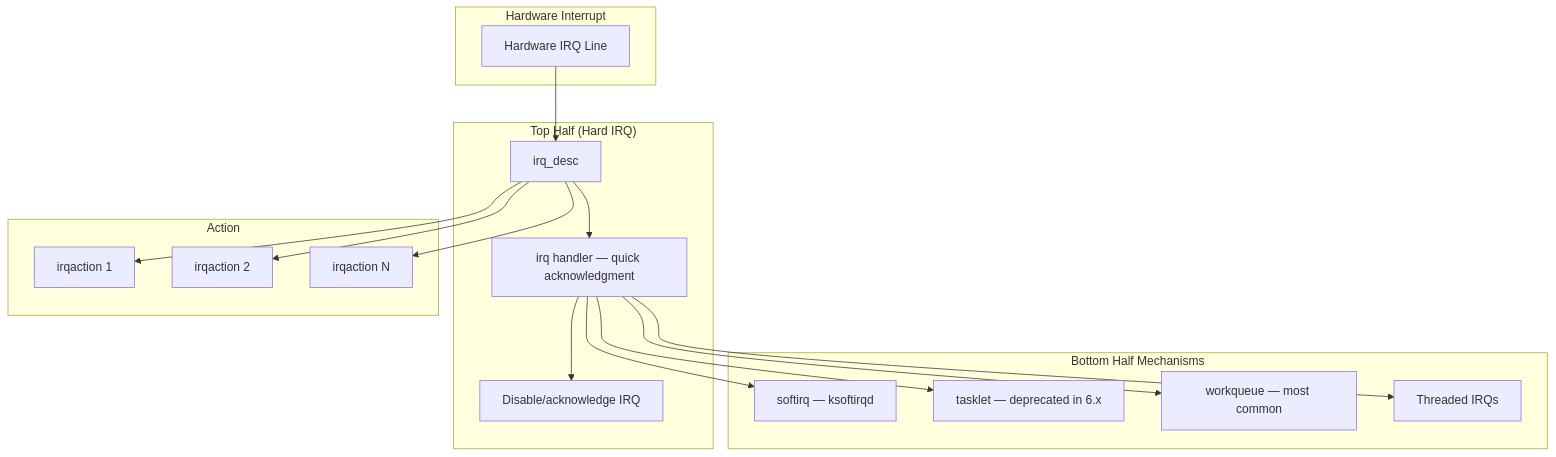
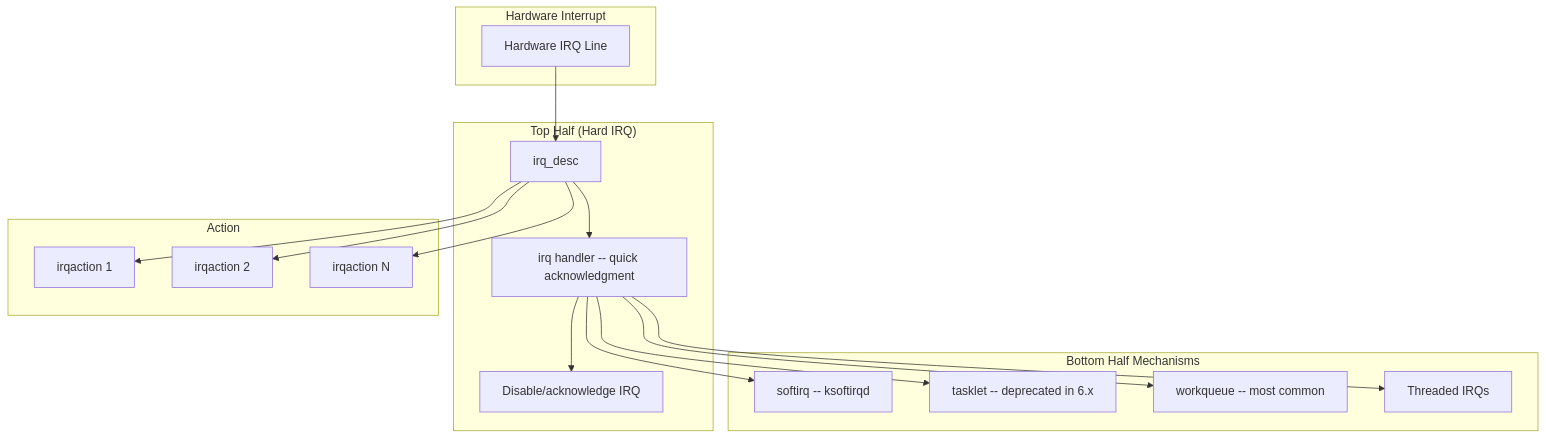
One commit to Abhinav-Kumar012/lb2 changed the ninth of 12 diagrams in src/kernel/architecture.md. Above: the diagram before and after it, drawn with Mermaid. The commit also changed other lines of this file and 211 other files, not shown here.

First line of the commit message:
fix: mermaid syntax issues across 212 files

````diff
--- a/src/kernel/architecture.md
+++ b/src/kernel/architecture.md
@@ -612,36 +612,36 @@
 ```mermaid
 graph TB
     subgraph "Hardware Interrupt"
         HW_IRQ[Hardware IRQ Line]
     end
 
     subgraph "Top Half (Hard IRQ)"
         DESC[irq_desc]
-        HANDLER[irq handler — quick acknowledgment]
+        HANDLER[irq handler -- quick acknowledgment]
         ACK[Disable/acknowledge IRQ]
     end
 
     subgraph "Bottom Half Mechanisms"
-        SOFTIRQ[softirq — ksoftirqd]
-        TASKLET[tasklet — deprecated in 6.x]
-        WORKQ[workqueue — most common]
+        SOFTIRQ[softirq -- ksoftirqd]
+        TASKLET[tasklet -- deprecated in 6.x]
+        WORKQ[workqueue -- most common]
         THREADED[Threaded IRQs]
     end
 
     subgraph "Action"
         ACTION1[irqaction 1]
         ACTION2[irqaction 2]
         ACTIONN[irqaction N]
     end
 
     HW_IRQ --> DESC
     DESC --> HANDLER
     HANDLER --> ACK
     HANDLER --> SOFTIRQ
     HANDLER --> TASKLET
     HANDLER --> WORKQ
     HANDLER --> THREADED
     DESC --> ACTION1
     DESC --> ACTION2
     DESC --> ACTIONN
 ```
````
